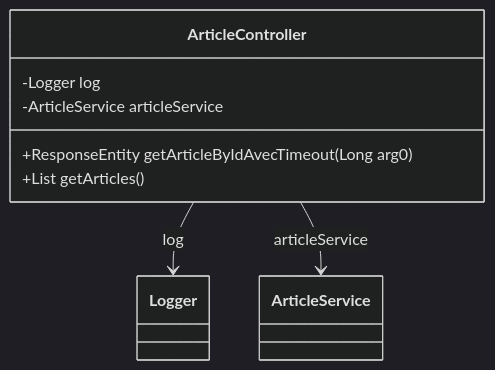
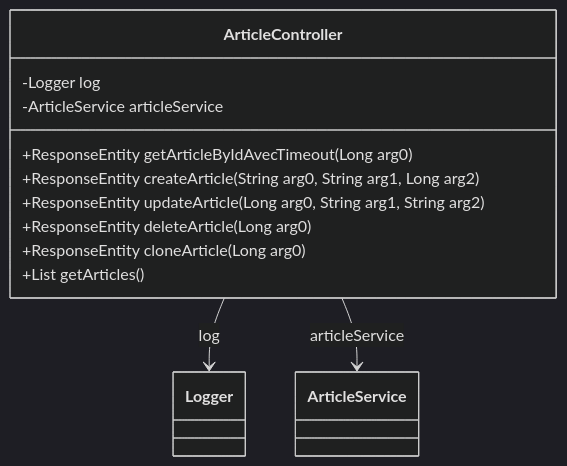
One commit to ErwanLT/Asgard changed the diagram in docs/articlecontroller.md. Above: the diagram before and after it, drawn with Mermaid (dark theme). The commit also changed other lines of this file and 3 other files, not shown here.

````diff
--- a/docs/articlecontroller.md
+++ b/docs/articlecontroller.md
@@ -7,11 +17,16 @@
 ```mermaid
 classDiagram
     class ArticleController {
         -Logger log
         -ArticleService articleService
         +ResponseEntity getArticleByIdAvecTimeout(Long arg0)
+        +ResponseEntity createArticle(String arg0, String arg1, Long arg2)
+        +ResponseEntity updateArticle(Long arg0, String arg1, String arg2)
+        +ResponseEntity deleteArticle(Long arg0)
+        +ResponseEntity cloneArticle(Long arg0)
         +List getArticles()
     }
+
     ArticleController --> Logger : log
     ArticleController --> ArticleService : articleService
 ```
````
